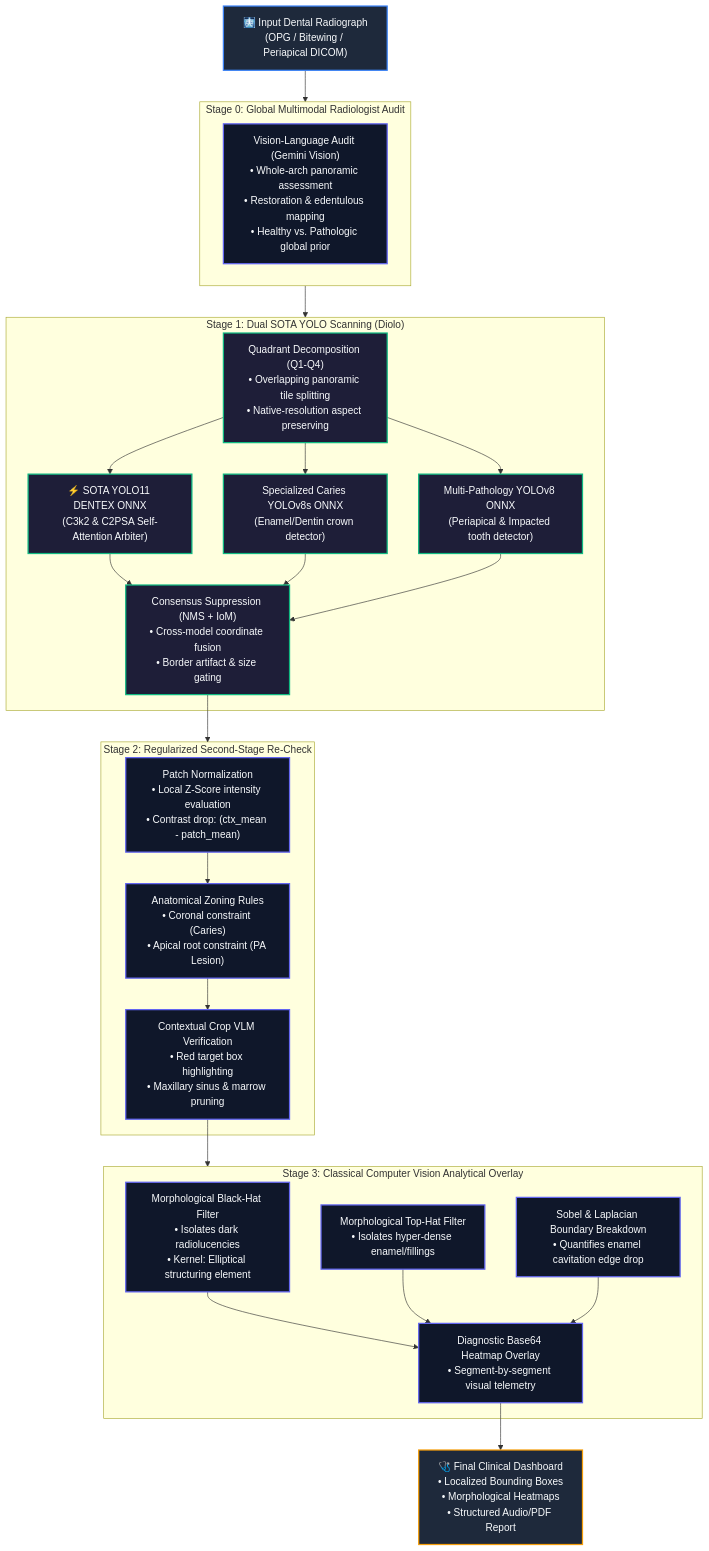
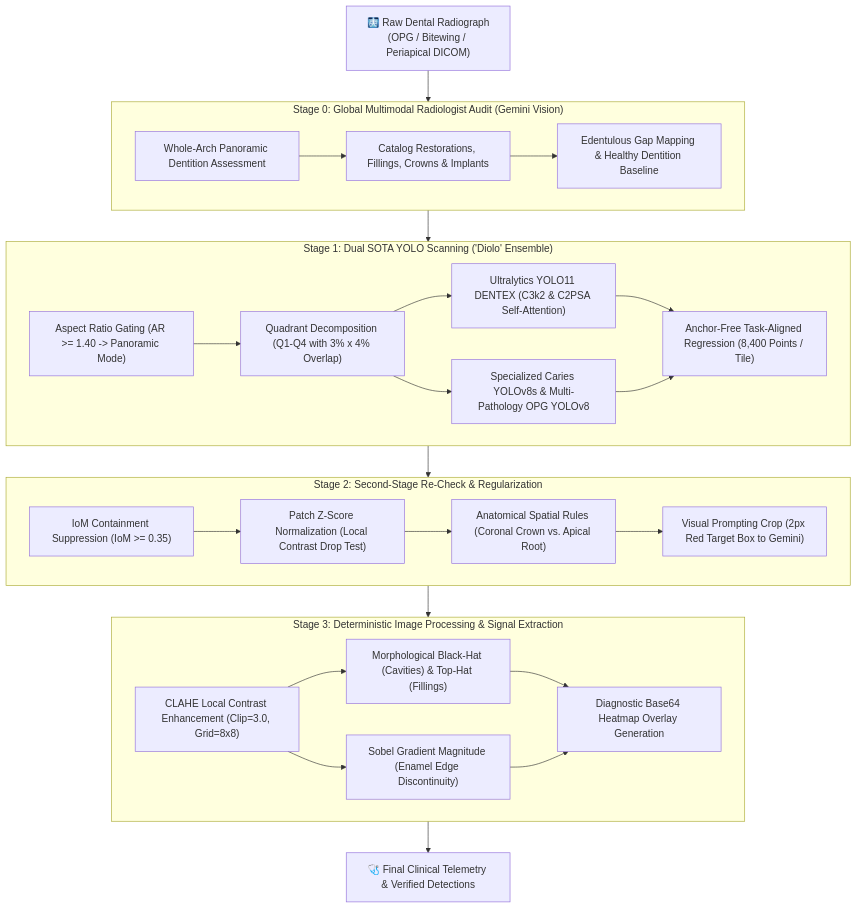
One commit to yousiff139-lang/Dental-OPG-SOTA-Architecture changed the third of 5 diagrams in README.md. Above: the diagram before and after it, drawn with Mermaid. The commit also changed other lines of this file and 15 other files, not shown here.

Commit message:
docs: consolidate master presenter documentation into main README with Mermaid diagrams and untrack non-root markdown/test files

````diff
--- a/README.md
+++ b/README.md
@@ -29,46 +105,41 @@
 ```mermaid
 flowchart TD
-    classDef inputStyle fill:#1e293b,stroke:#3b82f6,stroke-width:2px,color:#f8fafc;
-    classDef stageStyle fill:#0f172a,stroke:#6366f1,stroke-width:2px,color:#f8fafc;
-    classDef engineStyle fill:#1e1e38,stroke:#10b981,stroke-width:2px,color:#f8fafc;
-    classDef outputStyle fill:#1e293b,stroke:#f59e0b,stroke-width:2px,color:#f8fafc;
+    Raw["🩻 Raw Dental Radiograph<br/>(OPG / Bitewing / Periapical DICOM)"] --> S0
 
-    Input["🩻 Input Dental Radiograph<br/>(OPG / Bitewing / Periapical DICOM)"]:::inputStyle
-
-    subgraph S0["Stage 0: Global Multimodal Radiologist Audit"]
-        Audit["Vision-Language Audit (Gemini Vision)<br/>• Whole-arch panoramic assessment<br/>• Restoration & edentulous mapping<br/>• Healthy vs. Pathologic global prior"]:::stageStyle
+    subgraph S0["Stage 0: Global Multimodal Radiologist Audit (Gemini Vision)"]
+        A1["Whole-Arch Panoramic Dentition Assessment"]
+        A2["Catalog Restorations, Fillings, Crowns & Implants"]
+        A3["Edentulous Gap Mapping & Healthy Dentition Baseline"]
+        A1 --> A2 --> A3
     end
 
-    subgraph S1["Stage 1: Dual SOTA YOLO Scanning (Diolo)"]
-        Decomp["Quadrant Decomposition (Q1-Q4)<br/>• Overlapping panoramic tile splitting<br/>• Native-resolution aspect preserving"]:::engineStyle
-        YOLO11_Dentex["⚡ SOTA YOLO11 DENTEX ONNX<br/>(C3k2 & C2PSA Self-Attention Arbiter)"]:::engineStyle
-        YOLO_Caries["Specialized Caries YOLOv8s ONNX<br/>(Enamel/Dentin crown detector)"]:::engineStyle
-        YOLO_OPG["Multi-Pathology YOLOv8 ONNX<br/>(Periapical & Impacted tooth detector)"]:::engineStyle
-        Ensemble["Consensus Suppression (NMS + IoM)<br/>• Cross-model coordinate fusion<br/>• Border artifact & size gating"]:::engineStyle
+    subgraph S1["Stage 1: Dual SOTA YOLO Scanning ('Diolo' Ensemble)"]
+        D1["Aspect Ratio Gating (AR >= 1.40 -> Panoramic Mode)"]
+        D2["Quadrant Decomposition (Q1-Q4 with 3% x 4% Overlap)"]
+        D3["Ultralytics YOLO11 DENTEX (C3k2 & C2PSA Self-Attention)"]
+        D4["Specialized Caries YOLOv8s & Multi-Pathology OPG YOLOv8"]
+        D5["Anchor-Free Task-Aligned Regression (8,400 Points / Tile)"]
+        D1 --> D2 --> D3 & D4 --> D5
     end
 
-    subgraph S2["Stage 2: Regularized Second-Stage Re-Check"]
-        PatchNorm["Patch Normalization<br/>• Local Z-Score intensity evaluation<br/>• Contrast drop: (ctx_mean - patch_mean)"]:::stageStyle
-        AnatomyZoning["Anatomical Zoning Rules<br/>• Coronal constraint (Caries)<br/>• Apical root constraint (PA Lesion)"]:::stageStyle
-        CropVLM["Contextual Crop VLM Verification<br/>• Red target box highlighting<br/>• Maxillary sinus & marrow pruning"]:::stageStyle
+    subgraph S2["Stage 2: Second-Stage Re-Check & Regularization"]
+        R1["IoM Containment Suppression (IoM >= 0.35)"]
+        R2["Patch Z-Score Normalization (Local Contrast Drop Test)"]
+        R3["Anatomical Spatial Rules (Coronal Crown vs. Apical Root)"]
+        R4["Visual Prompting Crop (2px Red Target Box to Gemini)"]
+        R1 --> R2 --> R3 --> R4
     end
 
-    subgraph S3["Stage 3: Classical Computer Vision Analytical Overlay"]
-        BlackHat["Morphological Black-Hat Filter<br/>• Isolates dark radiolucencies<br/>• Kernel: Elliptical structuring element"]:::stageStyle
-        TopHat["Morphological Top-Hat Filter<br/>• Isolates hyper-dense enamel/fillings"]:::stageStyle
-        Gradient["Sobel & Laplacian Boundary Breakdown<br/>• Quantifies enamel cavitation edge drop"]:::stageStyle
-        Heatmap["Diagnostic Base64 Heatmap Overlay<br/>• Segment-by-segment visual telemetry"]:::stageStyle
+    subgraph S3["Stage 3: Deterministic Image Processing & Signal Extraction"]
+        C1["CLAHE Local Contrast Enhancement (Clip=3.0, Grid=8x8)"]
+        C2["Morphological Black-Hat (Cavities) & Top-Hat (Fillings)"]
+        C3["Sobel Gradient Magnitude (Enamel Edge Discontinuity)"]
+        C4["Diagnostic Base64 Heatmap Overlay Generation"]
+        C1 --> C2 & C3 --> C4
     end
 
-    Output["🩺 Final Clinical Dashboard<br/>• Localized Bounding Boxes<br/>• Morphological Heatmaps<br/>• Structured Audio/PDF Report"]:::outputStyle
-
-    Input --> S0
     S0 --> S1
-    Decomp --> YOLO11_Dentex & YOLO_Caries & YOLO_OPG
-    YOLO11_Dentex & YOLO_Caries & YOLO_OPG --> Ensemble
-    Ensemble --> S2
-    PatchNorm --> AnatomyZoning --> CropVLM
-    CropVLM --> S3
-    BlackHat & TopHat & Gradient --> Heatmap
-    Heatmap --> Output
+    S1 --> S2
+    S2 --> S3
+    S3 --> Output["🩺 Final Clinical Telemetry & Verified Detections"]
 ```
````
